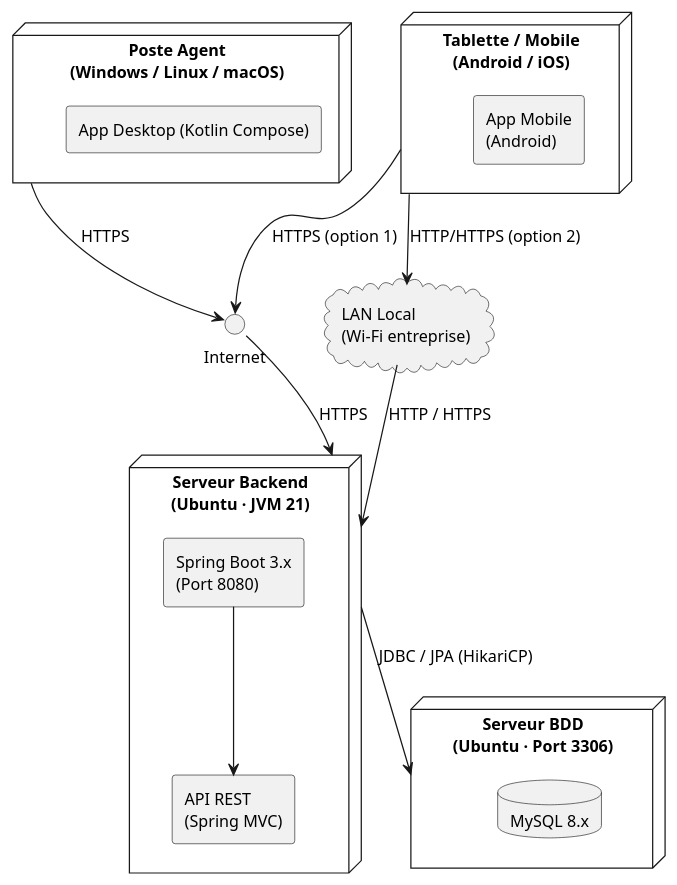
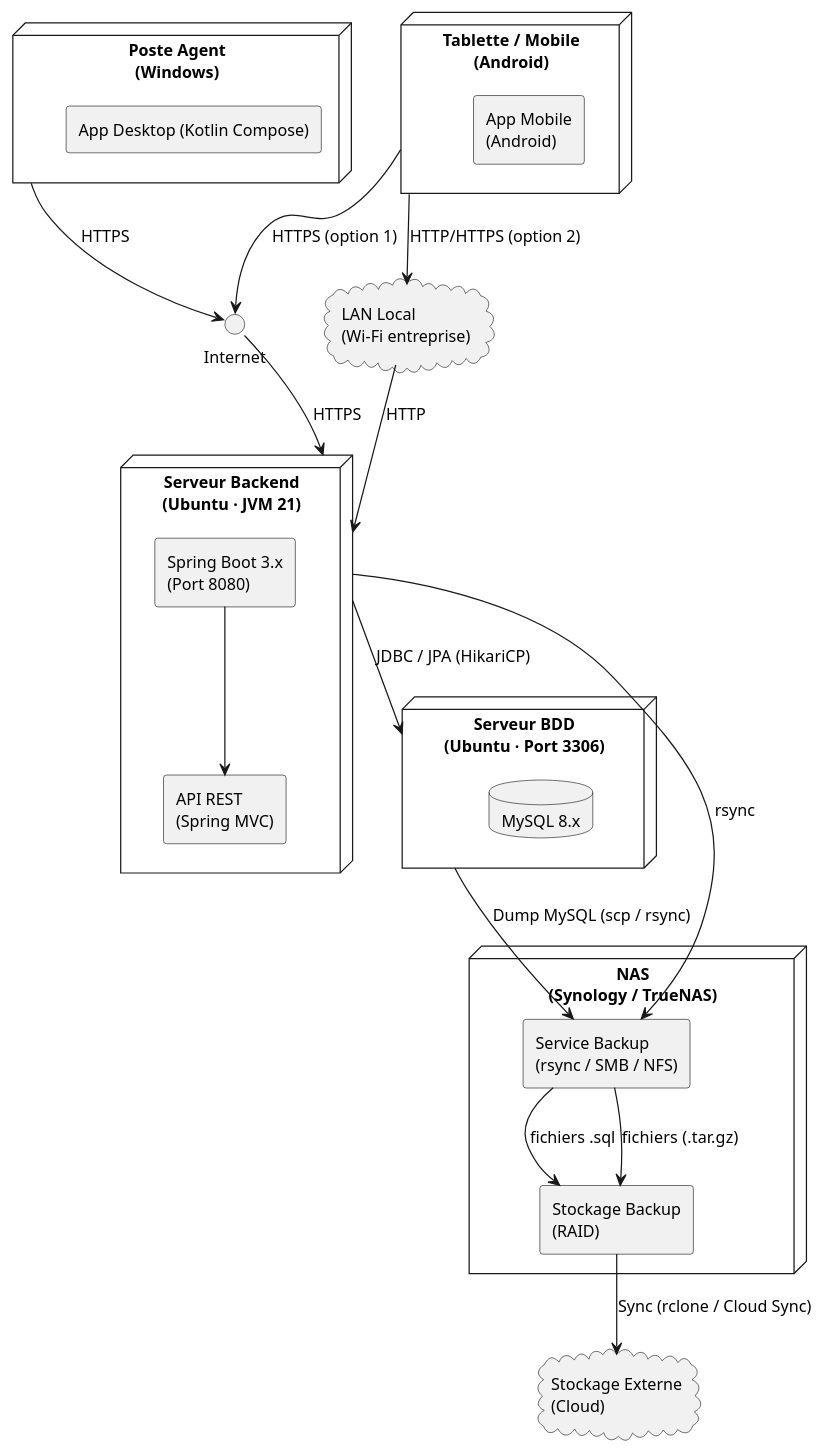
Before and after one commit to jospinQr/rdc_etat_civil_api: the diagram in uml/.deployement.plantuml, drawn with PlantUML. The commit also changed 15 other files, not shown here.

Commit message:
Feat : Get Stat for Charting

```diff
--- a/uml/.deployement.plantuml
+++ b/uml/.deployement.plantuml
@@ -1,43 +1,61 @@
 @startuml
 skinparam componentStyle rectangle
 skinparam defaultFontName Arial
 skinparam defaultFontSize 13
 
 ' ── Clients ──────────────────────────────────────────
 
-node "Poste Agent\n(Windows / Linux / macOS)" as Desktop {
+node "Poste Agent\n(Windows)" as Desktop {
     component "App Desktop (Kotlin Compose)" as DesktopApp
 }
 
-node "Tablette / Mobile\n(Android / iOS)" as Mobile {
+node "Tablette / Mobile\n(Android)" as Mobile {
     component "App Mobile\n(Android)" as MobileApp
 }
 
 ' ── Réseaux ──────────────────────────────────────────
 
 cloud  "LAN Local\n(Wi-Fi entreprise)" as LAN
 
 Desktop  --> Internet : HTTPS
 Mobile   --> Internet : HTTPS (option 1)
 Mobile   --> LAN      : HTTP/HTTPS (option 2)
 
 ' ── Serveur Backend ──────────────────────────────────
 
 node "Serveur Backend\n(Ubuntu · JVM 21)" as BackendServer {
     component "Spring Boot 3.x\n(Port 8080)" as SpringBoot
     component "API REST\n(Spring MVC)"       as RestAPI
     SpringBoot --> RestAPI
 }
 
 Internet --> BackendServer : HTTPS
-LAN      --> BackendServer : HTTP / HTTPS
+LAN      --> BackendServer : HTTP
 
 ' ── Serveur Base de données ──────────────────────────
 
 node "Serveur BDD\n(Ubuntu · Port 3306)" as DBServer {
     database "MySQL 8.x" as MySQL
 }
 
 BackendServer --> DBServer : JDBC / JPA (HikariCP)
+' ── Backup NAS ───────────────────────────────────────
 
+node "NAS\n(Synology / TrueNAS)" as NAS {
+    component "Stockage Backup\n(RAID)" as NASStorage
+    component "Service Backup\n(rsync / SMB / NFS)" as NASService
+}
+
+cloud "Stockage Externe\n(Cloud)" as OffsiteBackup
+
+' Backup base de données
+DBServer --> NASService : Dump MySQL (scp / rsync)
+NASService --> NASStorage : fichiers .sql
+
+' Backup fichiers (PDF, images)
+BackendServer --> NASService : rsync
+NASService --> NASStorage : fichiers (.tar.gz)
+
+' Sync externe
+NASStorage --> OffsiteBackup : Sync (rclone / Cloud Sync)
 @enduml
```
